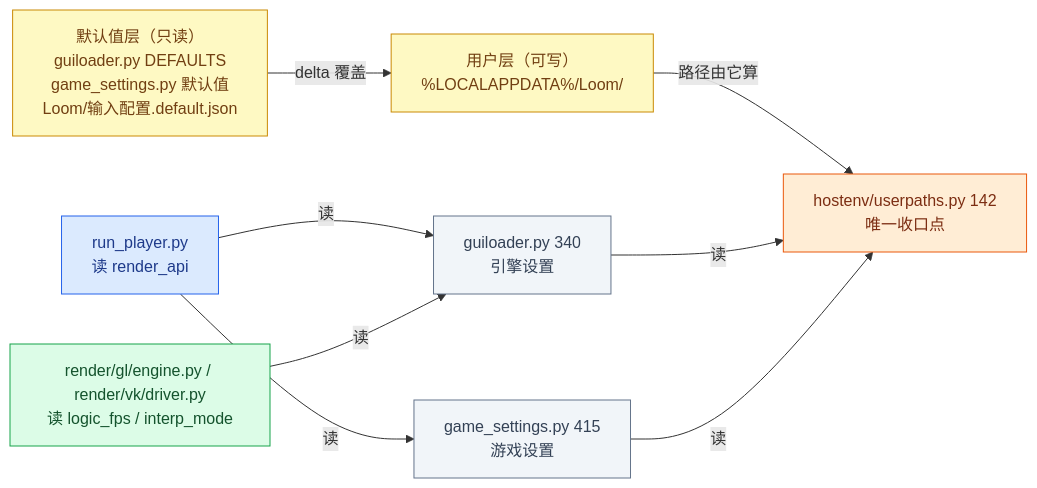
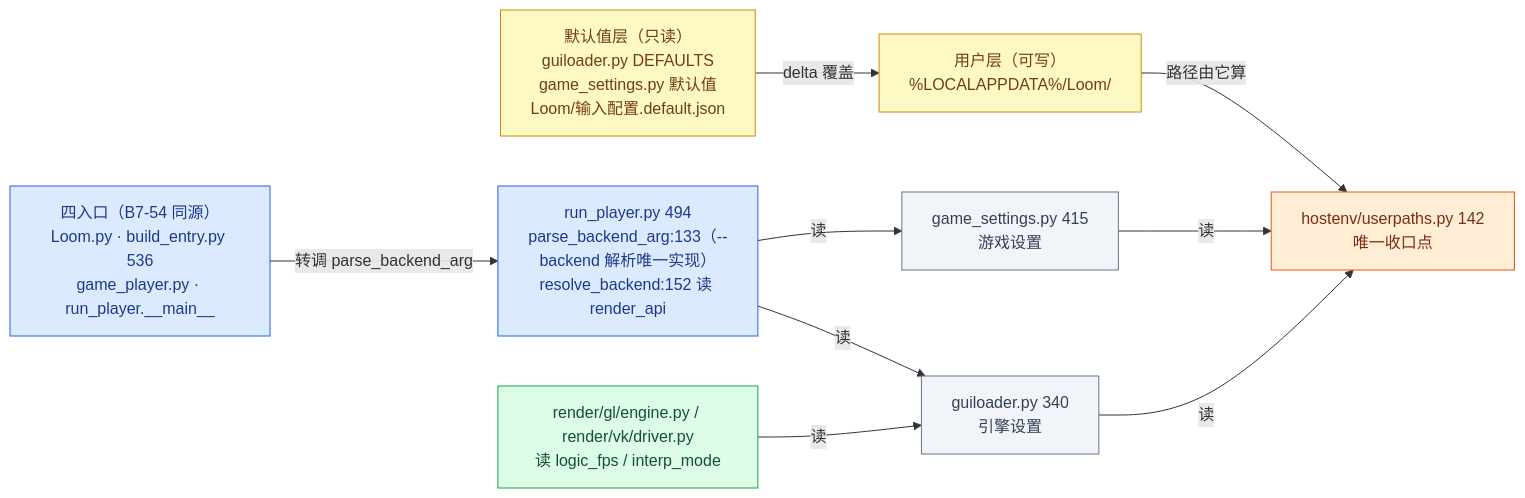
Diagram 11 of 23 in ARCHITECTURE.md (lhy302/WeaveEngine), drawn with Mermaid before and after one commit. The commit also changed other lines of this file, not shown here.

Commit message:
B7-54 架构图同步: 按 09759b9 实际代码更新图1/9/13/19 —— 编辑器+编译入口后端选择同走 run_player.resolve_backend（parse_backend_arg:133 唯一解析）、图1.1 行号随迁、文件清单 157→158 个 .py/58267 行、图19 新增 B7-54 门 94 条 + run_all 162/5861 汇总、横幅 HEAD 更新 60ea619

````diff
--- a/ARCHITECTURE.md
+++ b/ARCHITECTURE.md
@@ -492,22 +502,24 @@
 ```mermaid
 flowchart LR
   T["默认值层（只读）<br/>guiloader.py DEFAULTS<br/>game_settings.py 默认值<br/>Loom/输入配置.default.json"]:::external
   U["用户层（可写）<br/>%LOCALAPPDATA%/Loom/"]:::external
   P["hostenv/userpaths.py 142<br/>唯一收口点"]:::contract
   G1["guiloader.py 340<br/>引擎设置"]:::file
   G2["game_settings.py 415<br/>游戏设置"]:::file
-  R1["run_player.py<br/>读 render_api"]:::entry
+  C0["四入口（B7-54 同源）<br/>Loom.py · build_entry.py 536<br/>game_player.py · run_player.__main__"]:::entry
+  R1["run_player.py 494<br/>parse_backend_arg:133（--backend 解析唯一实现）<br/>resolve_backend:152 读 render_api"]:::entry
   R2["render/gl/engine.py / render/vk/driver.py<br/>读 logic_fps / interp_mode"]:::impl
   T -->|delta 覆盖| U
   U -->|路径由它算| P
   G1 -->|读| P
   G2 -->|读| P
+  C0 -->|转调 parse_backend_arg| R1
   R1 -->|读| G1
   R1 -->|读| G2
   R2 -->|读| G1
   classDef entry fill:#dbeafe,stroke:#2563eb,color:#1e3a8a
   classDef impl fill:#dcfce7,stroke:#16a34a,color:#14532d
   classDef contract fill:#ffedd5,stroke:#ea580c,color:#7c2d12
   classDef file fill:#f1f5f9,stroke:#64748b,color:#334155
   classDef external fill:#fef9c3,stroke:#ca8a04,color:#713f12
 ```
````
